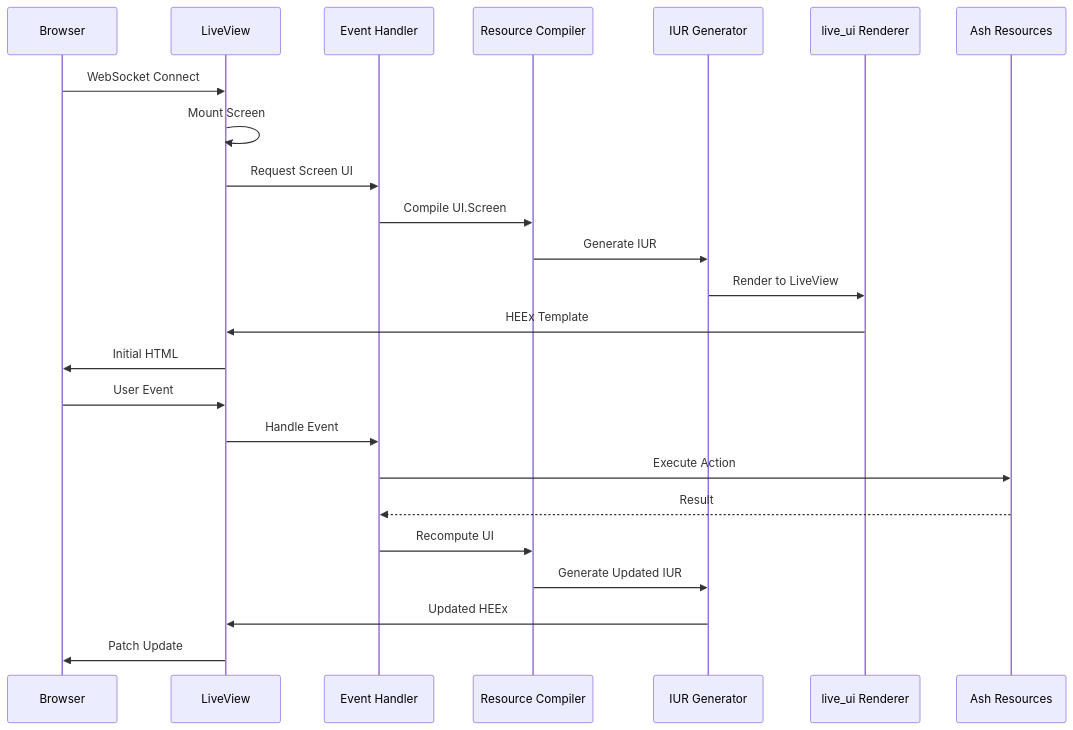
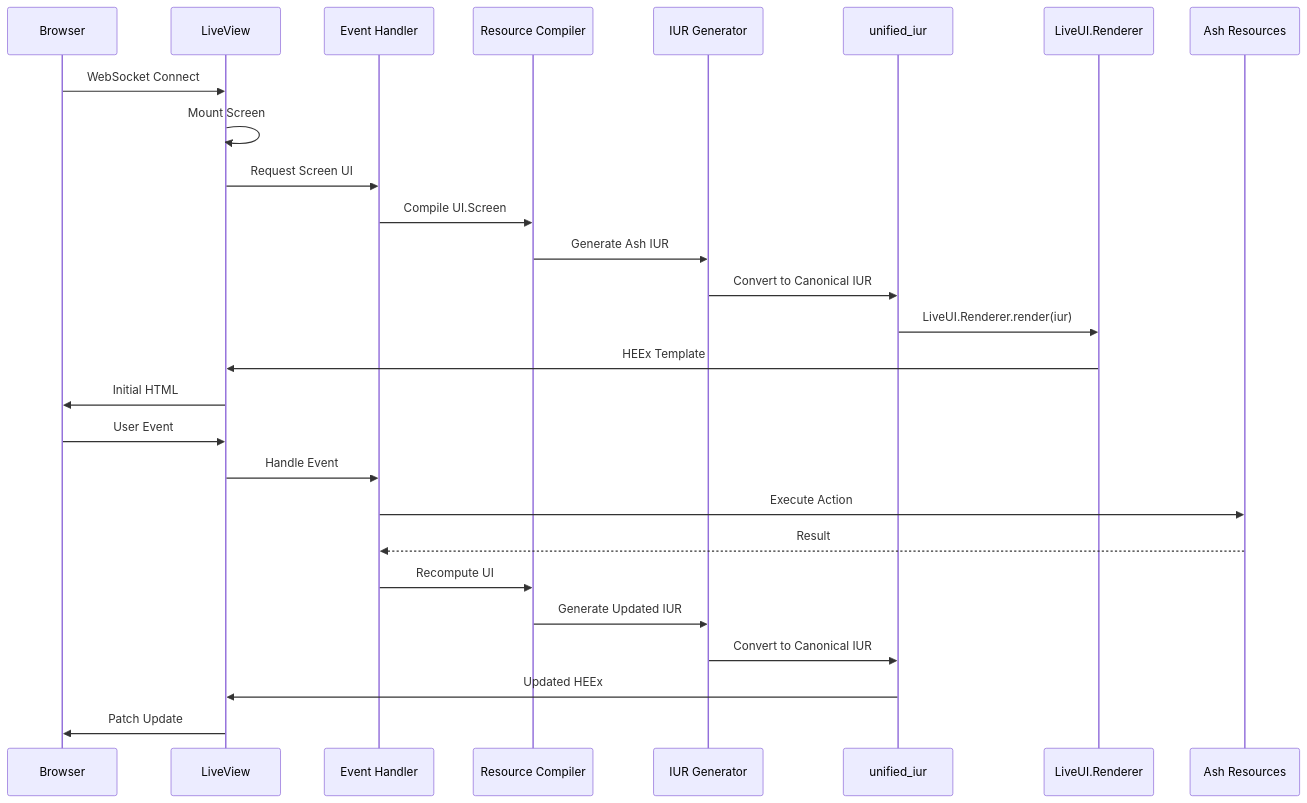
The third of 4 diagrams in specs/topology.md (pcharbon70/ash_ui), drawn with Mermaid before and after one commit. The commit also changed other lines of this file and 9 other files, not shown here.

First line of the commit message:
Update Ash UI specs to integrate with unified-ui ecosystem

````diff
--- a/specs/topology.md
+++ b/specs/topology.md
@@ -247,28 +256,31 @@
 ```mermaid
 sequenceDiagram
     participant B as Browser
     participant LV as LiveView
     participant EH as Event Handler
     participant RC as Resource Compiler
     participant IUR as IUR Generator
-    participant LR as live_ui Renderer
+    participant UI as unified_iur
+    participant LR as LiveUI.Renderer
     participant AR as Ash Resources
 
     B->>LV: WebSocket Connect
     LV->>LV: Mount Screen
     LV->>EH: Request Screen UI
     EH->>RC: Compile UI.Screen
-    RC->>IUR: Generate IUR
-    IUR->>LR: Render to LiveView
+    RC->>IUR: Generate Ash IUR
+    IUR->>UI: Convert to Canonical IUR
+    UI->>LR: LiveUI.Renderer.render(iur)
     LR->>LV: HEEx Template
     LV->>B: Initial HTML
 
     B->>LV: User Event
     LV->>EH: Handle Event
     EH->>AR: Execute Action
     AR-->>EH: Result
     EH->>RC: Recompute UI
     RC->>IUR: Generate Updated IUR
-    IUR->>LV: Updated HEEx
+    IUR->>UI: Convert to Canonical IUR
+    UI->>LV: Updated HEEx
     LV->>B: Patch Update
 ```
````
